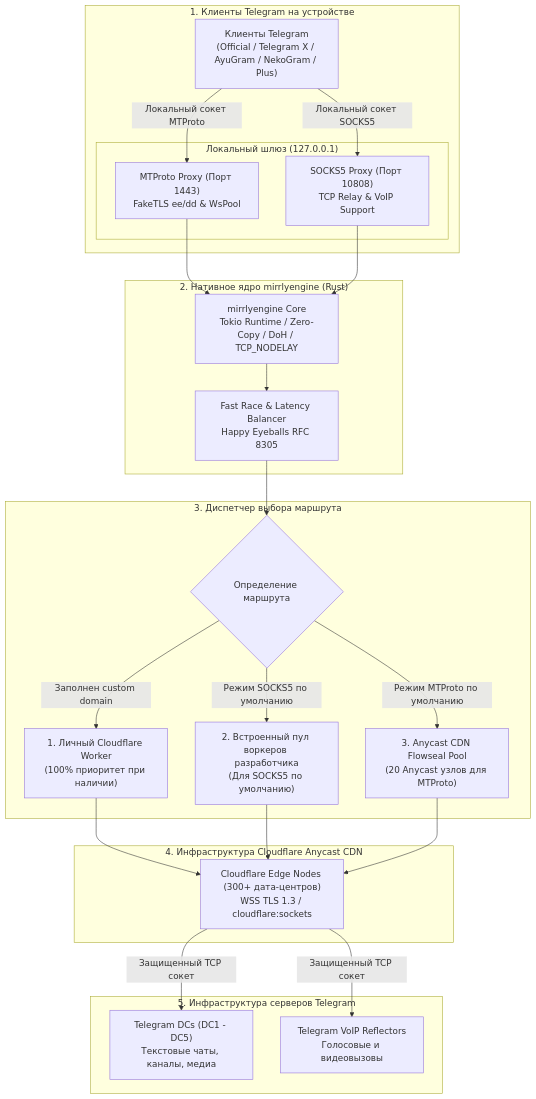
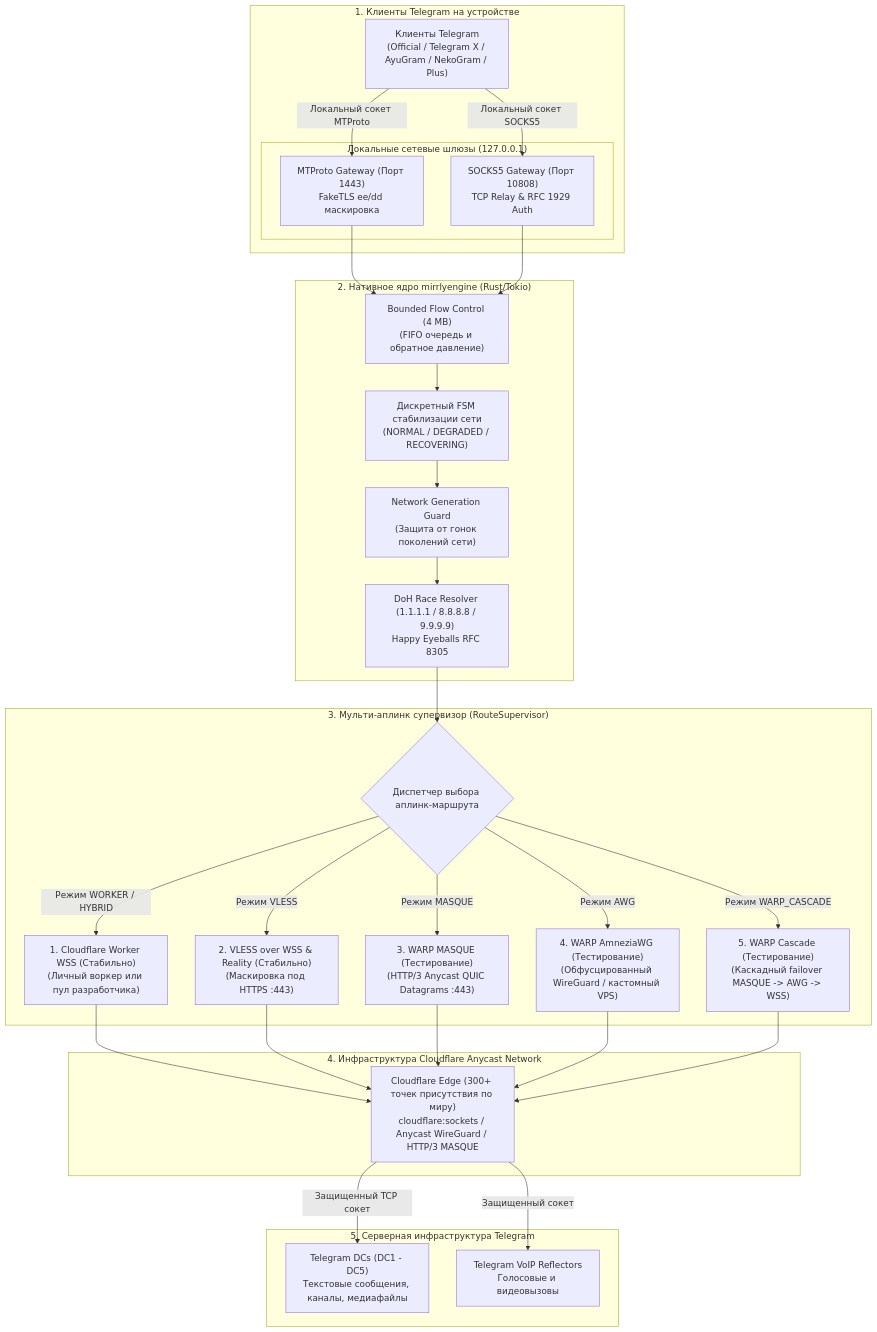
Before and after one commit to joycecurcirt539-dot/Mirrly-TG-Proxy: the diagram in README.md, drawn with Mermaid. The commit also changed other lines of this file and 210 other files, not shown here.

Commit message:
v2.0.0: multi-uplink engine, FSM network stabilization, safe diagnostics, UI enhancements, and documentation update

````diff
--- a/README.md
+++ b/README.md
@@ -259,51 +232,62 @@
 ```mermaid
 flowchart TD
     subgraph ClientLayer ["1. Клиенты Telegram на устройстве"]
         TGApp["Клиенты Telegram<br/>(Official / Telegram X / AyuGram / NekoGram / Plus)"]
 
-        subgraph LocalProxy ["Локальный шлюз (127.0.0.1)"]
-            MtprotoGate["MTProto Proxy (Порт 1443)<br/>FakeTLS ee/dd & WsPool"]
-            SocksGate["SOCKS5 Proxy (Порт 10808)<br/>TCP Relay & VoIP Support"]
+        subgraph LocalGateways ["Локальные сетевые шлюзы (127.0.0.1)"]
+            MtprotoGate["MTProto Gateway (Порт 1443)<br/>FakeTLS ee/dd маскировка"]
+            SocksGate["SOCKS5 Gateway (Порт 10808)<br/>TCP Relay & RFC 1929 Auth"]
         end
 
         TGApp -->|Локальный сокет MTProto| MtprotoGate
         TGApp -->|Локальный сокет SOCKS5| SocksGate
     end
 
-    subgraph NativeEngine ["2. Нативное ядро mirrlyengine (Rust)"]
-        RustCore["mirrlyengine Core<br/>Tokio Runtime / Zero-Copy / DoH / TCP_NODELAY"]
-        Balancer["Fast Race & Latency Balancer<br/>Happy Eyeballs RFC 8305"]
+    subgraph NativeCore ["2. Нативное ядро mirrlyengine (Rust/Tokio)"]
+        FSM["Дискретный FSM стабилизации сети<br/>(NORMAL / DEGRADED / RECOVERING)"]
+        GenGuard["Network Generation Guard<br/>(Защита от гонок поколений сети)"]
+        FlowCtrl["Bounded Flow Control (4 MB)<br/>(FIFO очередь и обратное давление)"]
+        DoH["DoH Race Resolver (1.1.1.1 / 8.8.8.8 / 9.9.9.9)<br/>Happy Eyeballs RFC 8305"]
 
-        MtprotoGate --> RustCore
-        SocksGate --> RustCore
-        RustCore --> Balancer
+        MtprotoGate --> FlowCtrl
+        SocksGate --> FlowCtrl
+        FlowCtrl --> FSM
+        FSM --> GenGuard
+        GenGuard --> DoH
     end
 
-    subgraph RouterResolver ["3. Диспетчер выбора маршрута"]
-        Resolver{"Определение маршрута"}
-        CustomNode["1. Личный Cloudflare Worker<br/>(100% приоритет при наличии)"]
-        DefaultSocks["2. Встроенный пул воркеров разработчика<br/>(Для SOCKS5 по умолчанию)"]
-        AnycastPool["3. Anycast CDN Flowseal Pool<br/>(20 Anycast узлов для MTProto)"]
+    subgraph SupervisorLayer ["3. Мульти-аплинк супервизор (RouteSupervisor)"]
+        Router{"Диспетчер выбора аплинк-маршрута"}
+        DoH --> Router
 
-        Balancer --> Resolver
-        Resolver -->|Заполнен custom domain| CustomNode
-        Resolver -->|Режим SOCKS5 по умолчанию| DefaultSocks
-        Resolver -->|Режим MTProto по умолчанию| AnycastPool
+        UplinkWorker["1. Cloudflare Worker WSS (Стабильно)<br/>(Личный воркер или пул разработчика)"]
+        UplinkVless["2. VLESS over WSS & Reality (Стабильно)<br/>(Маскировка под HTTPS :443)"]
+        UplinkMasque["3. WARP MASQUE (Тестирование)<br/>(HTTP/3 Anycast QUIC Datagrams :443)"]
+        UplinkAwg["4. WARP AmneziaWG (Тестирование)<br/>(Обфусцированный WireGuard / кастомный VPS)"]
+        UplinkCascade["5. WARP Cascade (Тестирование)<br/>(Каскадный failover MASQUE -> AWG -> WSS)"]
+
+        Router -->|Режим WORKER / HYBRID| UplinkWorker
+        Router -->|Режим VLESS| UplinkVless
+        Router -->|Режим MASQUE| UplinkMasque
+        Router -->|Режим AWG| UplinkAwg
+        Router -->|Режим WARP_CASCADE| UplinkCascade
     end
 
-    subgraph CDNLayer ["4. Инфраструктура Cloudflare Anycast CDN"]
-        CFEdge["Cloudflare Edge Nodes (300+ дата-центров)<br/>WSS TLS 1.3 / cloudflare:sockets"]
+    subgraph CloudflareNetwork ["4. Инфраструктура Cloudflare Anycast Network"]
+        CFEdge["Cloudflare Edge (300+ точек присутствия по миру)<br/>cloudflare:sockets / Anycast WireGuard / HTTP/3 MASQUE"]
 
-        CustomNode --> CFEdge
-        DefaultSocks --> CFEdge
-        AnycastPool --> CFEdge
+        UplinkWorker --> CFEdge
+        UplinkVless --> CFEdge
+        UplinkMasque --> CFEdge
+        UplinkAwg --> CFEdge
+        UplinkCascade --> CFEdge
     end
 
-    subgraph TelegramInfra ["5. Инфраструктура серверов Telegram"]
-        TGDC["Telegram DCs (DC1 - DC5)<br/>Текстовые чаты, каналы, медиа"]
+    subgraph TelegramServers ["5. Серверная инфраструктура Telegram"]
+        TGDC["Telegram DCs (DC1 - DC5)<br/>Текстовые сообщения, каналы, медиафайлы"]
         TGVoIP["Telegram VoIP Reflectors<br/>Голосовые и видеовызовы"]
 
         CFEdge -->|Защищенный TCP сокет| TGDC
-        CFEdge -->|Защищенный TCP сокет| TGVoIP
+        CFEdge -->|Защищенный сокет| TGVoIP
     end
 ```
````
